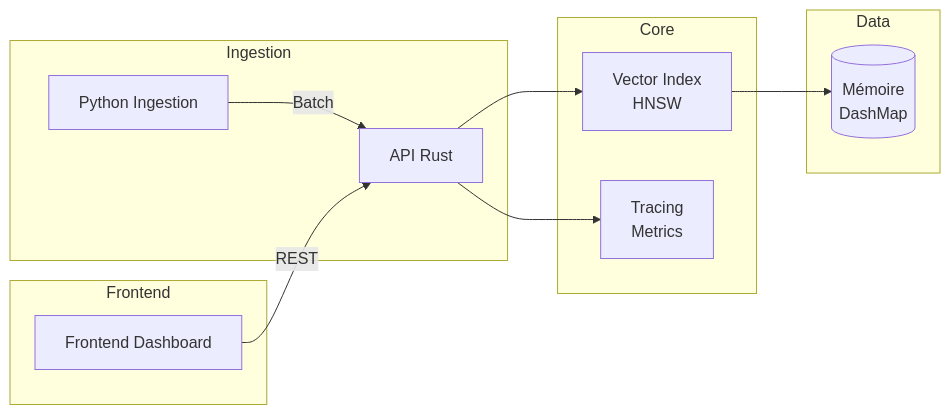
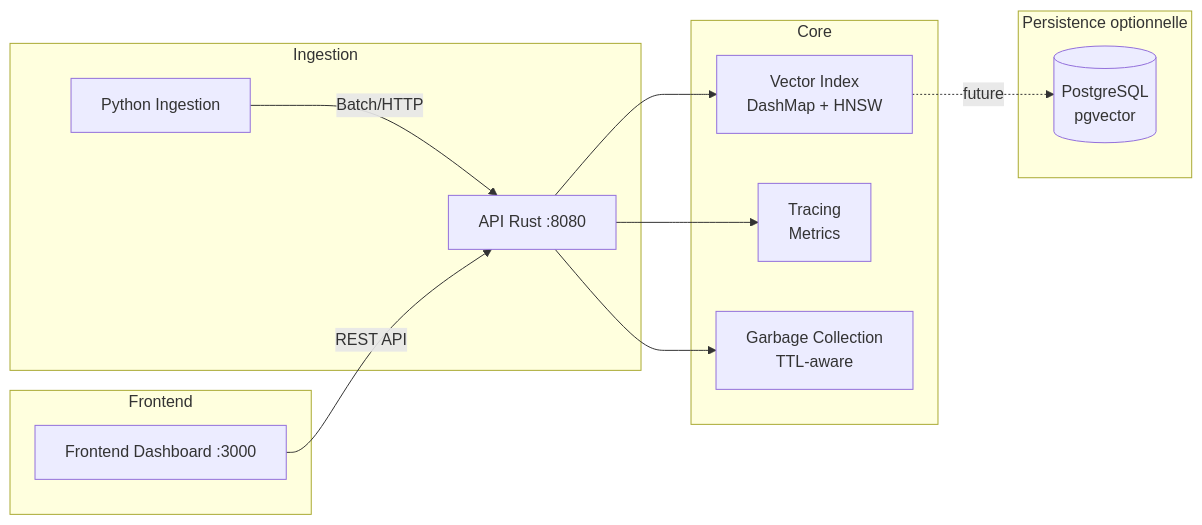
Before and after one commit to Brainfeed-1996/vector-citadel: the first of 2 diagrams in docs/architecture.md, drawn with Mermaid. The commit also changed other lines of this file and 2 other files, not shown here.

First line of the commit message:
docs: Documentation architecture et API complètes

````diff
--- a/docs/architecture.md
+++ b/docs/architecture.md
@@ -7,19 +7,20 @@
 ```mermaid
 graph LR
     subgraph Ingestion
-        PI[Python Ingestion] -->|Batch| API[API Rust]
+        PI[Python Ingestion] -->|Batch/HTTP| API[API Rust :8080]
     end
     
     subgraph Core
-        API --> VI[Vector Index<br/>HNSW]
+        API --> VI[Vector Index<br/>DashMap + HNSW]
         API --> TR[Tracing<br/>Metrics]
+        API --> GC[Garbage Collection<br/>TTL-aware]
     end
     
     subgraph Frontend
-        FD[Frontend Dashboard] -->|REST| API
+        FD[Frontend Dashboard :3000] -->|REST API| API
     end
     
-    subgraph Data
-        VI --> MEM[(Mémoire<br/>DashMap)]
+    subgraph Persistence[Persistence optionnelle]
+        VI -.->|future| PG[(PostgreSQL<br/>pgvector)]
     end
 ```
````
